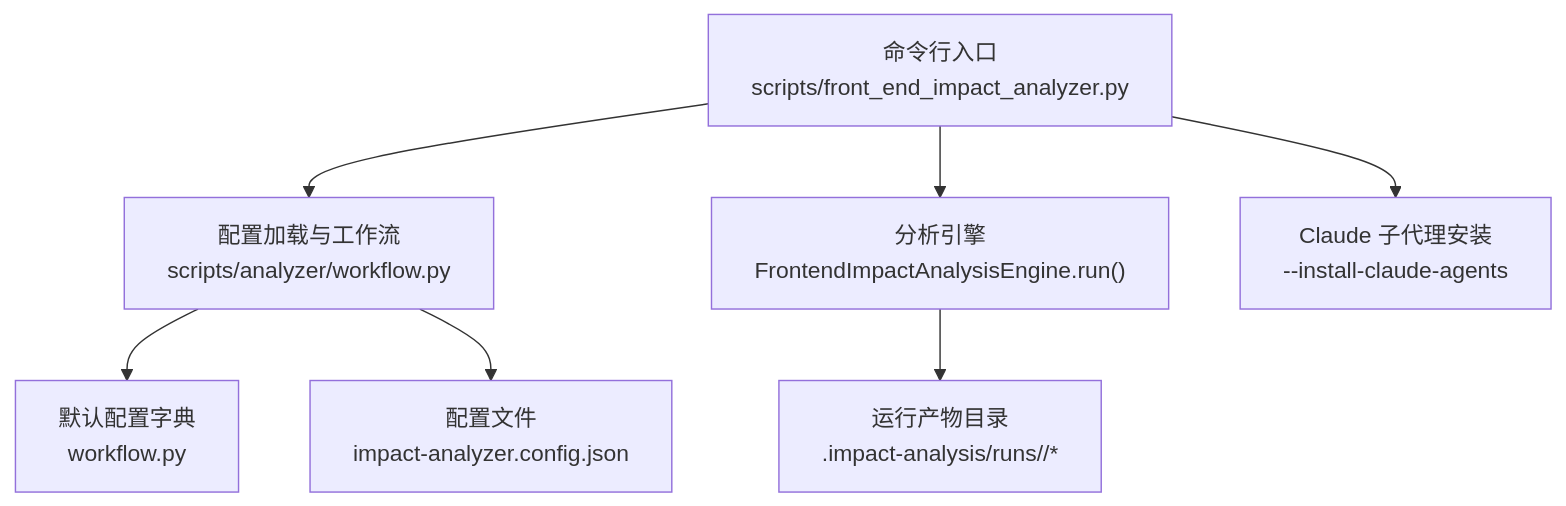
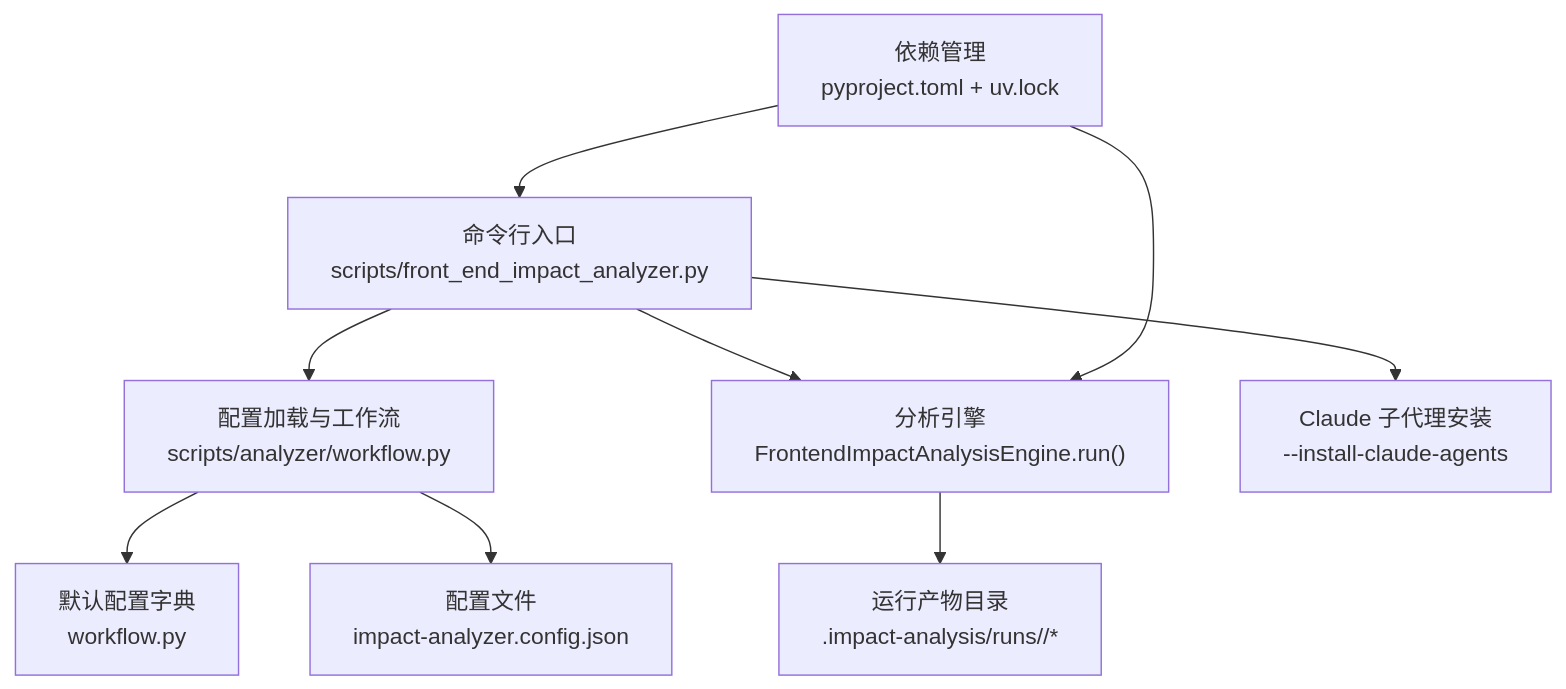
One commit to brand-new-remo/frontend-impact-analyzer changed the first of 3 diagrams in .qoder/repowiki/zh/content/API参考/配置选项.md. Above: the diagram before and after it, drawn with Mermaid. The commit also changed other lines of this file and 8 other files, not shown here.

````diff
--- a/.qoder/repowiki/zh/content/API参考/配置选项.md
+++ b/.qoder/repowiki/zh/content/API参考/配置选项.md
@@ -39,9 +50,11 @@
 ```mermaid
 graph TB
 CLI["命令行入口<br/>scripts/front_end_impact_analyzer.py"] --> WF["配置加载与工作流<br/>scripts/analyzer/workflow.py"]
 WF --> CFG["默认配置字典<br/>workflow.py"]
 WF --> FS["配置文件<br/>impact-analyzer.config.json"]
 CLI --> ENG["分析引擎<br/>FrontendImpactAnalysisEngine.run()"]
 ENG --> ART["运行产物目录<br/>.impact-analysis/runs/<runId>/*"]
 CLI --> AGI["Claude 子代理安装<br/>--install-claude-agents"]
+UV["依赖管理<br/>pyproject.toml + uv.lock"] --> CLI
+UV --> ENG
 ```
````
